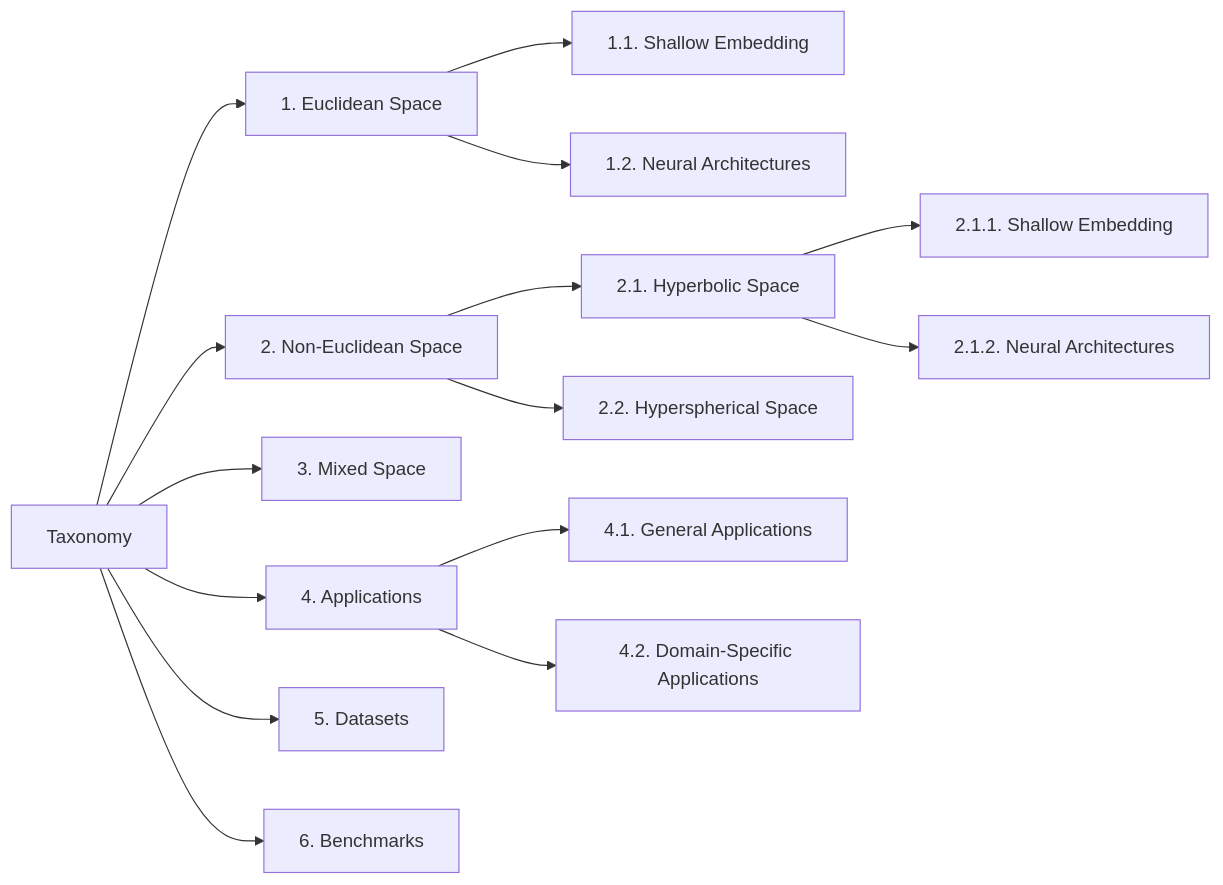
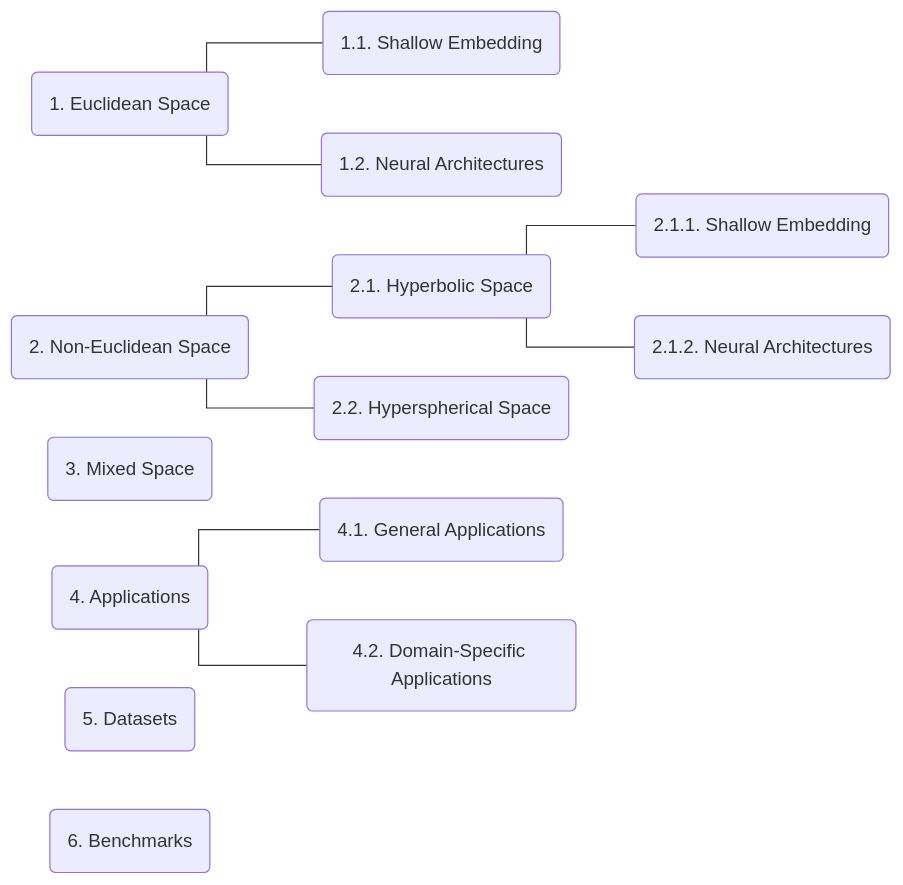
The diagram in README.md (CNU-DILAB/Geometry-aware-Heterogeneous-Graph-Embedding), drawn with Mermaid before and after one commit.

````diff
--- a/README.md
+++ b/README.md
@@ -8,21 +8,35 @@
 ```mermaid
-graph LR
-    Root[Taxonomy] --> 1[1. Euclidean Space]
-    1 --> 1.1[1.1. Shallow Embedding]
-    1 --> 1.2[1.2. Neural Architectures]
+%%{init: {'flowchart': {'curve': 'stepBefore'}}}%%
+flowchart LR
+    %% 노드를 둥근 사각형으로 변경 ()
+    1("1. Euclidean Space")
+    1_1("1.1. Shallow Embedding")
+    1_2("1.2. Neural Architectures")
 
-    Root --> 2[2. Non-Euclidean Space]
-    2 --> 2.1[2.1. Hyperbolic Space]
-    2.1 --> 2.1.1[2.1.1. Shallow Embedding]
-    2.1 --> 2.1.2[2.1.2. Neural Architectures]
-    2 --> 2.2[2.2. Hyperspherical Space]
+    2("2. Non-Euclidean Space")
+    2_1("2.1. Hyperbolic Space")
+    2_1_1("2.1.1. Shallow Embedding")
+    2_1_2("2.1.2. Neural Architectures")
+    2_2("2.2. Hyperspherical Space")
 
-    Root --> 3[3. Mixed Space]
+    3("3. Mixed Space")
 
-    Root --> 4[4. Applications]
-    4 --> 4.1[4.1. General Applications]
-    4 --> 4.2[4.2. Domain-Specific Applications]
+    4("4. Applications")
+    4_1("4.1. General Applications")
+    4_2("4.2. Domain-Specific Applications")
 
-    Root --> 5[5. Datasets]
-    Root --> 6[6. Benchmarks]
+    5("5. Datasets")
+    6("6. Benchmarks")
+
+    %% 화살표(-->) 대신 논문처럼 화살표 없는 직각 선(---)으로 연결
+    1 --- 1_1
+    1 --- 1_2
+
+    2 --- 2_1
+    2_1 --- 2_1_1
+    2_1 --- 2_1_2
+    2 --- 2_2
+
+    4 --- 4_1
+    4 --- 4_2
 ```
````
